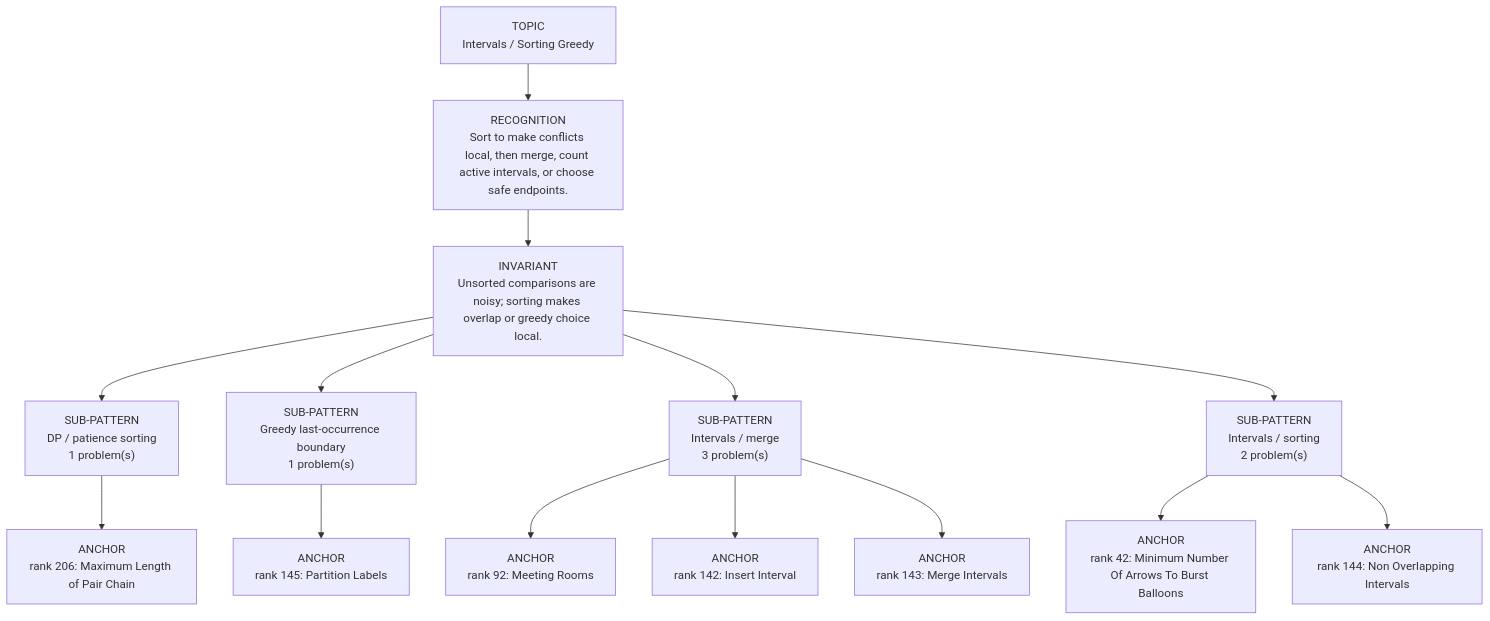
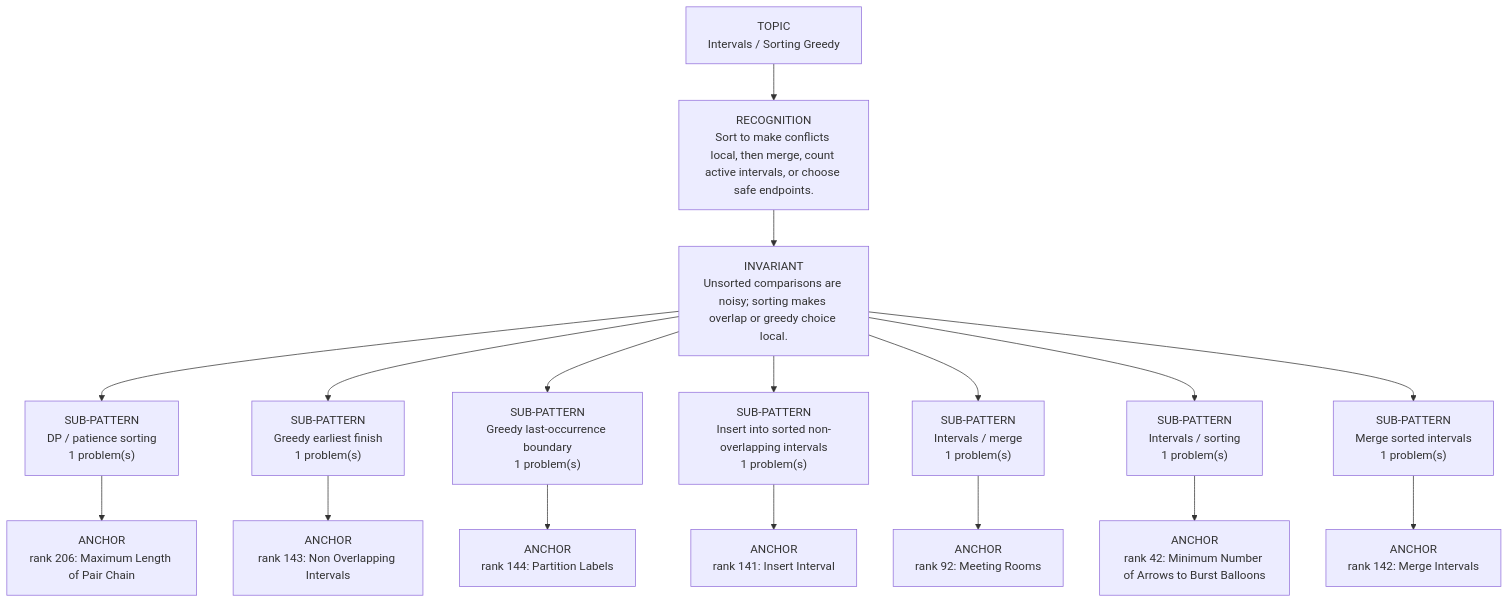
One commit to thechiranjeevjain/DSA10days changed the diagram in dsa-review/interview/patterns/17_intervals_greedy.md. Above: the diagram before and after it, drawn with Mermaid. The commit also changed other lines of this file and 37 other files, not shown here.

````diff
--- a/dsa-review/interview/patterns/17_intervals_greedy.md
+++ b/dsa-review/interview/patterns/17_intervals_greedy.md
@@ -15,18 +15,21 @@
 ```mermaid
 flowchart TD
   Topic["TOPIC<br/>Intervals / Sorting Greedy"]
   Recognition["RECOGNITION<br/>Sort to make conflicts local, then merge, count active intervals, or choose safe endpoints."]
   Invariant["INVARIANT<br/>Unsorted comparisons are noisy; sorting makes overlap or greedy choice local."]
   Topic --> Recognition --> Invariant
   Invariant --> Sub01["SUB-PATTERN<br/>DP / patience sorting<br/>1 problem(s)"]
   Sub01 --> Sub01A01["ANCHOR<br/>rank 206: Maximum Length of Pair Chain"]
-  Invariant --> Sub02["SUB-PATTERN<br/>Greedy last-occurrence boundary<br/>1 problem(s)"]
-  Sub02 --> Sub02A01["ANCHOR<br/>rank 145: Partition Labels"]
-  Invariant --> Sub03["SUB-PATTERN<br/>Intervals / merge<br/>3 problem(s)"]
-  Sub03 --> Sub03A01["ANCHOR<br/>rank 92: Meeting Rooms"]
-  Sub03 --> Sub03A02["ANCHOR<br/>rank 142: Insert Interval"]
-  Sub03 --> Sub03A03["ANCHOR<br/>rank 143: Merge Intervals"]
-  Invariant --> Sub04["SUB-PATTERN<br/>Intervals / sorting<br/>2 problem(s)"]
-  Sub04 --> Sub04A01["ANCHOR<br/>rank 42: Minimum Number Of Arrows To Burst Balloons"]
-  Sub04 --> Sub04A02["ANCHOR<br/>rank 144: Non Overlapping Intervals"]
+  Invariant --> Sub02["SUB-PATTERN<br/>Greedy earliest finish<br/>1 problem(s)"]
+  Sub02 --> Sub02A01["ANCHOR<br/>rank 143: Non Overlapping Intervals"]
+  Invariant --> Sub03["SUB-PATTERN<br/>Greedy last-occurrence boundary<br/>1 problem(s)"]
+  Sub03 --> Sub03A01["ANCHOR<br/>rank 144: Partition Labels"]
+  Invariant --> Sub04["SUB-PATTERN<br/>Insert into sorted non-overlapping intervals<br/>1 problem(s)"]
+  Sub04 --> Sub04A01["ANCHOR<br/>rank 141: Insert Interval"]
+  Invariant --> Sub05["SUB-PATTERN<br/>Intervals / merge<br/>1 problem(s)"]
+  Sub05 --> Sub05A01["ANCHOR<br/>rank 92: Meeting Rooms"]
+  Invariant --> Sub06["SUB-PATTERN<br/>Intervals / sorting<br/>1 problem(s)"]
+  Sub06 --> Sub06A01["ANCHOR<br/>rank 42: Minimum Number of Arrows to Burst Balloons"]
+  Invariant --> Sub07["SUB-PATTERN<br/>Merge sorted intervals<br/>1 problem(s)"]
+  Sub07 --> Sub07A01["ANCHOR<br/>rank 142: Merge Intervals"]
 ```
````
